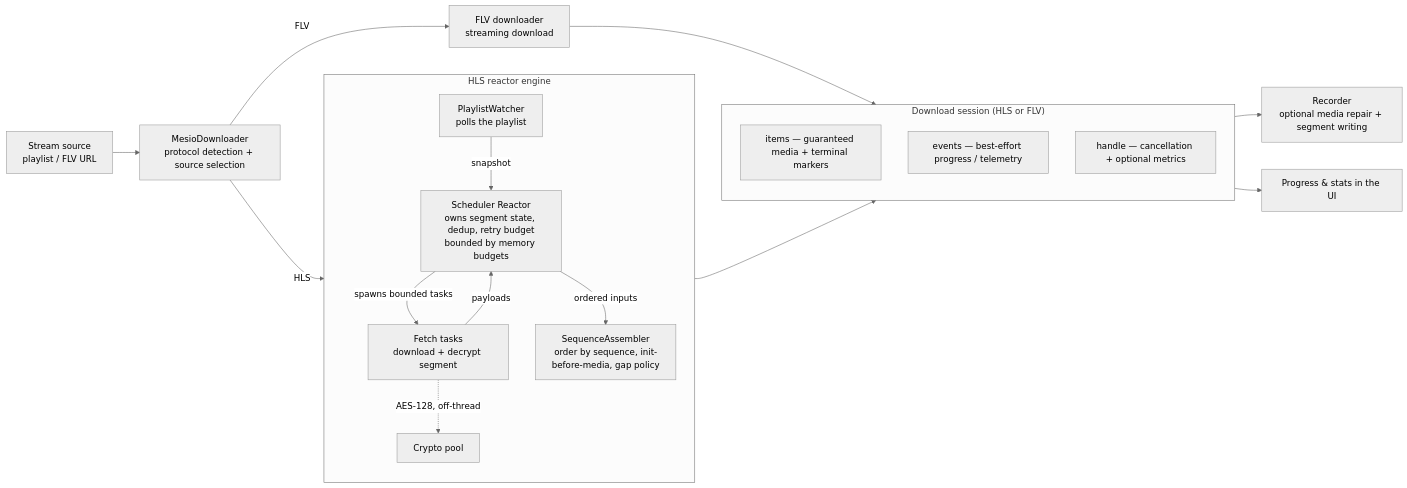
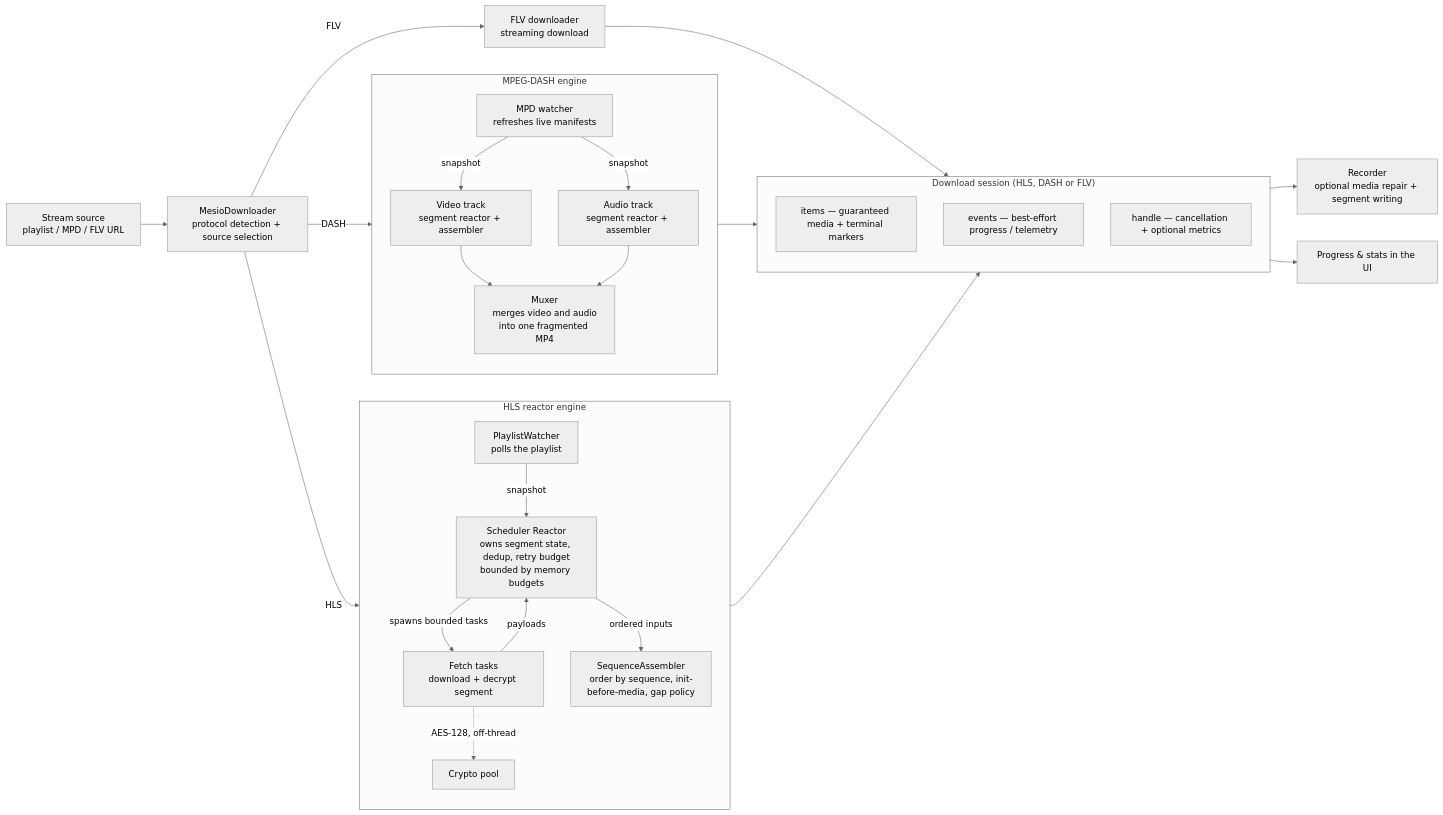
One commit to hua0512/rust-srec changed the diagram in rust-srec/docs/en/concepts/mesio.md. Above: the diagram before and after it, drawn with Mermaid (neutral theme). The commit also changed other lines of this file and 5 other files, not shown here.

First line of the commit message:
docs: document MPEG-DASH support

````diff
--- a/rust-srec/docs/en/concepts/mesio.md
+++ b/rust-srec/docs/en/concepts/mesio.md
@@ -9,28 +9,38 @@
 ```mermaid
 flowchart LR
-  SRC[Stream source<br/>playlist / FLV URL] --> MD[MesioDownloader<br/>protocol detection + source selection]
+  SRC[Stream source<br/>playlist / MPD / FLV URL] --> MD[MesioDownloader<br/>protocol detection + source selection]
   FLV[FLV downloader<br/>streaming download]
 
   subgraph HLS["HLS reactor engine"]
     direction TB
     PW[PlaylistWatcher<br/>polls the playlist] -->|snapshot| RX[Scheduler Reactor<br/>owns segment state, dedup, retry budget<br/>bounded by memory budgets]
     RX -->|spawns bounded tasks| FT[Fetch tasks<br/>download + decrypt segment]
     FT -. AES-128, off-thread .-> CR[Crypto pool]
     FT -->|payloads| RX
     RX -->|ordered inputs| AS[SequenceAssembler<br/>order by sequence, init-before-media, gap policy]
   end
 
-  subgraph SESS["Download session (HLS or FLV)"]
+  subgraph DASH["MPEG-DASH engine"]
+    direction TB
+    MW[MPD watcher<br/>refreshes live manifests] -->|snapshot| VT[Video track<br/>segment reactor + assembler]
+    MW -->|snapshot| AT[Audio track<br/>segment reactor + assembler]
+    VT --> MX[Muxer<br/>merges video and audio<br/>into one fragmented MP4]
+    AT --> MX
+  end
+
+  subgraph SESS["Download session (HLS, DASH or FLV)"]
     direction TB
     ITEMS["items — guaranteed media + terminal markers"]
     EVENTS["events — best-effort progress / telemetry"]
     HANDLE["handle — cancellation + optional metrics"]
   end
 
   MD -->|HLS| PW
+  MD -->|DASH| MW
   MD -->|FLV| FLV
   AS --> SESS
+  MX --> SESS
   FLV --> SESS
   ITEMS --> REC[Recorder<br/>optional media repair + segment writing]
   EVENTS --> UI[Progress &amp; stats in the UI]
 ```
````
